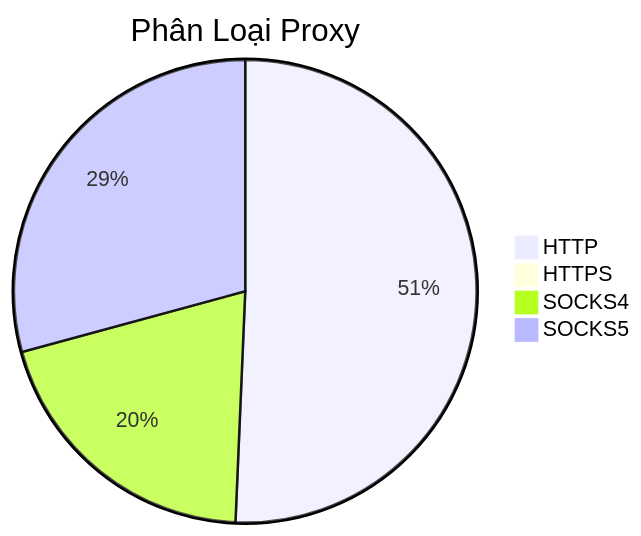
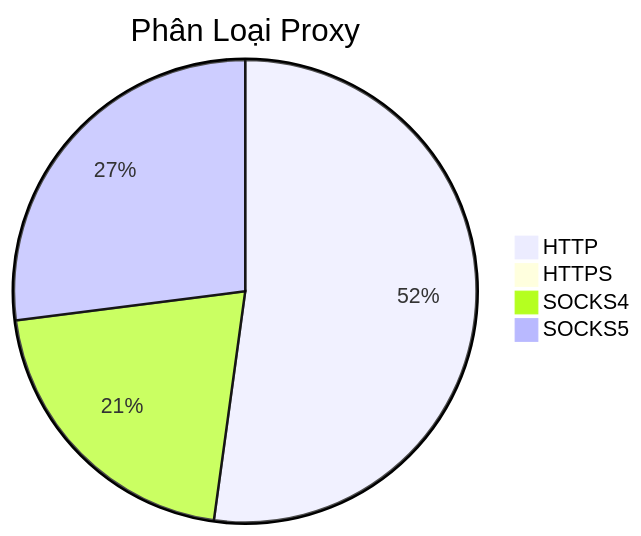
The diagram in README.md (Ciara-12/PROXY-free), drawn with Mermaid before and after one commit. The commit also changed other lines of this file and 4 other files, not shown here.

````diff
--- a/README.md
+++ b/README.md
@@ -26,7 +26,7 @@
 ```mermaid
 pie title Phân Loại Proxy
-    "HTTP" : 527
-    "HTTPS" : 1
-    "SOCKS4" : 209
-    "SOCKS5" : 304
+    "HTTP" : 674
+    "HTTPS" : 0
+    "SOCKS4" : 269
+    "SOCKS5" : 349
 ```
````
